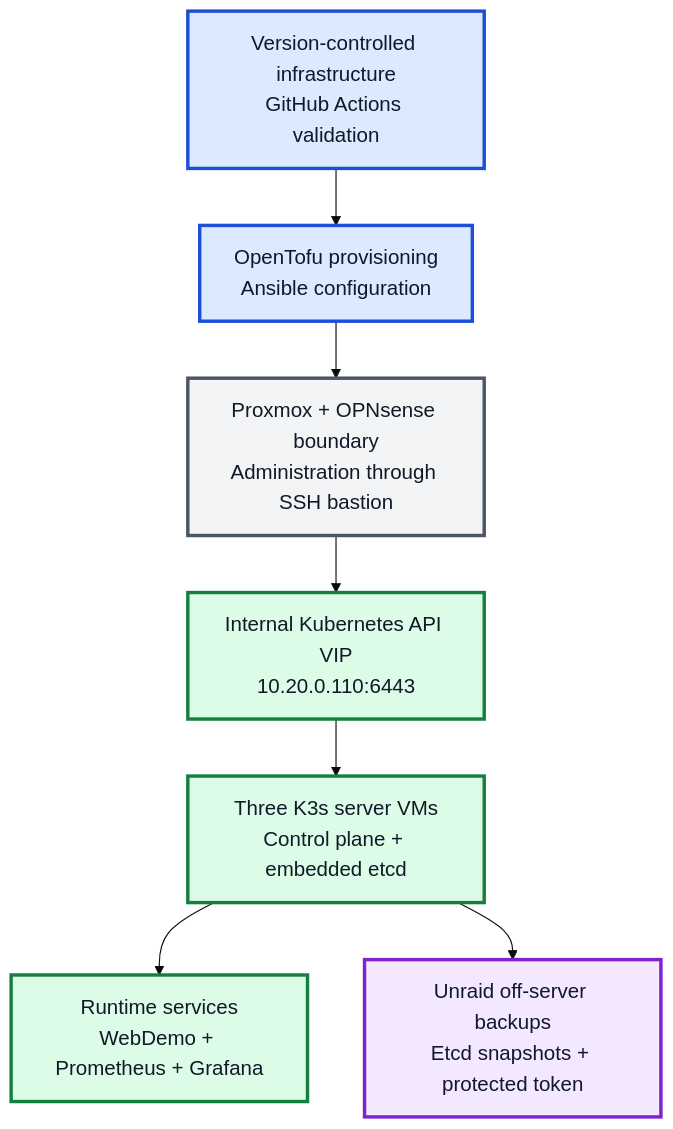
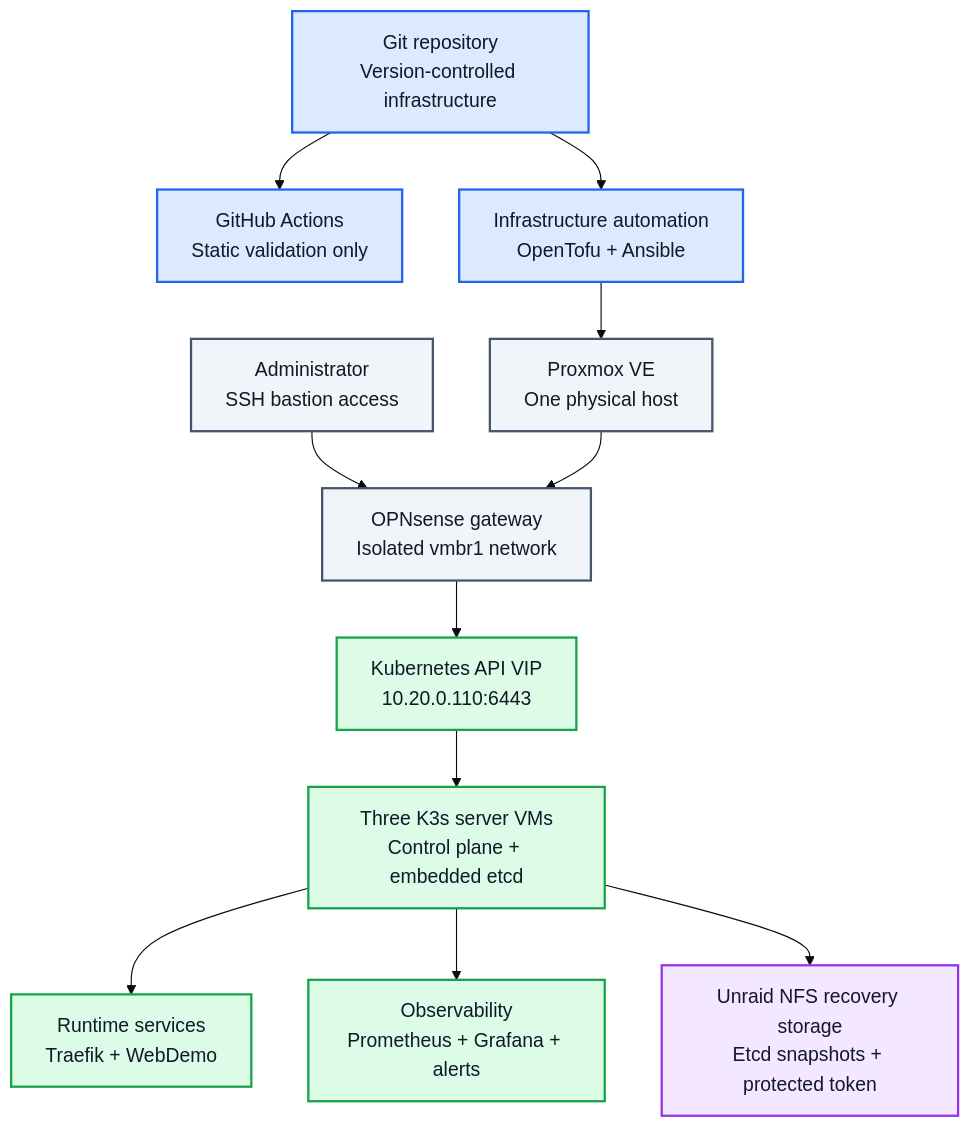
The first of 2 diagrams in README.md (Capasiter/homelab-portfolio), drawn with Mermaid (base theme) before and after one commit. The commit also changed other lines of this file and 3 other files, not shown here.

First line of the commit message:
docs: unify and refine infrastructure diagrams (#36)

````diff
--- a/README.md
+++ b/README.md
@@ -32,27 +32,35 @@
 ```mermaid
 flowchart TD
-    Git["Version-controlled infrastructure<br/>GitHub Actions validation"]
-    Automation["OpenTofu provisioning<br/>Ansible configuration"]
-    Access["Proxmox + OPNsense boundary<br/>Administration through SSH bastion"]
-    VIP["Internal Kubernetes API VIP<br/>10.20.0.110:6443"]
+    Git["Git repository<br/>Version-controlled infrastructure"]
+    CI["GitHub Actions<br/>Static validation only"]
+    Automation["Infrastructure automation<br/>OpenTofu + Ansible"]
+    Proxmox["Proxmox VE<br/>One physical host"]
+    Admin["Administrator<br/>SSH bastion access"]
+    Gateway["OPNsense gateway<br/>Isolated vmbr1 network"]
+    VIP["Kubernetes API VIP<br/>10.20.0.110:6443"]
     Cluster["Three K3s server VMs<br/>Control plane + embedded etcd"]
-    Services["Runtime services<br/>WebDemo + Prometheus + Grafana"]
-    Backup["Unraid off-server backups<br/>Etcd snapshots + protected token"]
+    Services["Runtime services<br/>Traefik + WebDemo"]
+    Observe["Observability<br/>Prometheus + Grafana + alerts"]
+    Backup["Unraid NFS recovery storage<br/>Etcd snapshots + protected token"]
 
+    Git --> CI
     Git --> Automation
-    Automation --> Access
-    Access --> VIP
+    Automation --> Proxmox
+    Admin --> Gateway
+    Proxmox --> Gateway
+    Gateway --> VIP
     VIP --> Cluster
     Cluster --> Services
+    Cluster --> Observe
     Cluster --> Backup
 
-    classDef delivery fill:#DBEAFE,stroke:#1D4ED8,color:#111827,stroke-width:3px,font-size:18px
-    classDef boundary fill:#F3F4F6,stroke:#4B5563,color:#111827,stroke-width:3px,font-size:18px
-    classDef runtime fill:#DCFCE7,stroke:#15803D,color:#111827,stroke-width:3px,font-size:18px
-    classDef recovery fill:#F3E8FF,stroke:#7E22CE,color:#111827,stroke-width:3px,font-size:18px
+    classDef delivery fill:#DBEAFE,stroke:#2563EB,color:#111827,stroke-width:2px,font-size:17px
+    classDef boundary fill:#F1F5F9,stroke:#475569,color:#111827,stroke-width:2px,font-size:17px
+    classDef runtime fill:#DCFCE7,stroke:#16A34A,color:#111827,stroke-width:2px,font-size:17px
+    classDef recovery fill:#F3E8FF,stroke:#9333EA,color:#111827,stroke-width:2px,font-size:17px
 
-    class Git,Automation delivery
-    class Access boundary
-    class VIP,Cluster,Services runtime
+    class Git,CI,Automation delivery
+    class Proxmox,Admin,Gateway boundary
+    class VIP,Cluster,Services,Observe runtime
     class Backup recovery
 ```
````
